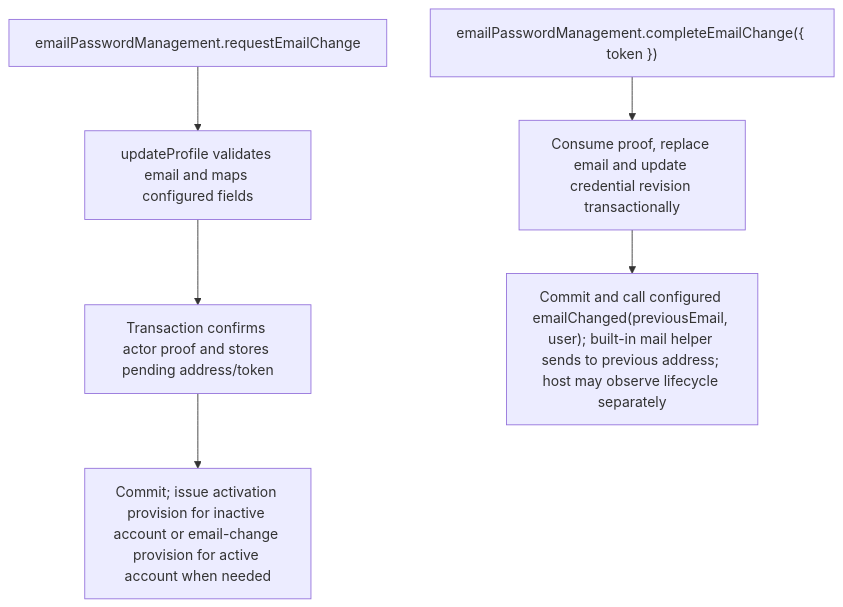
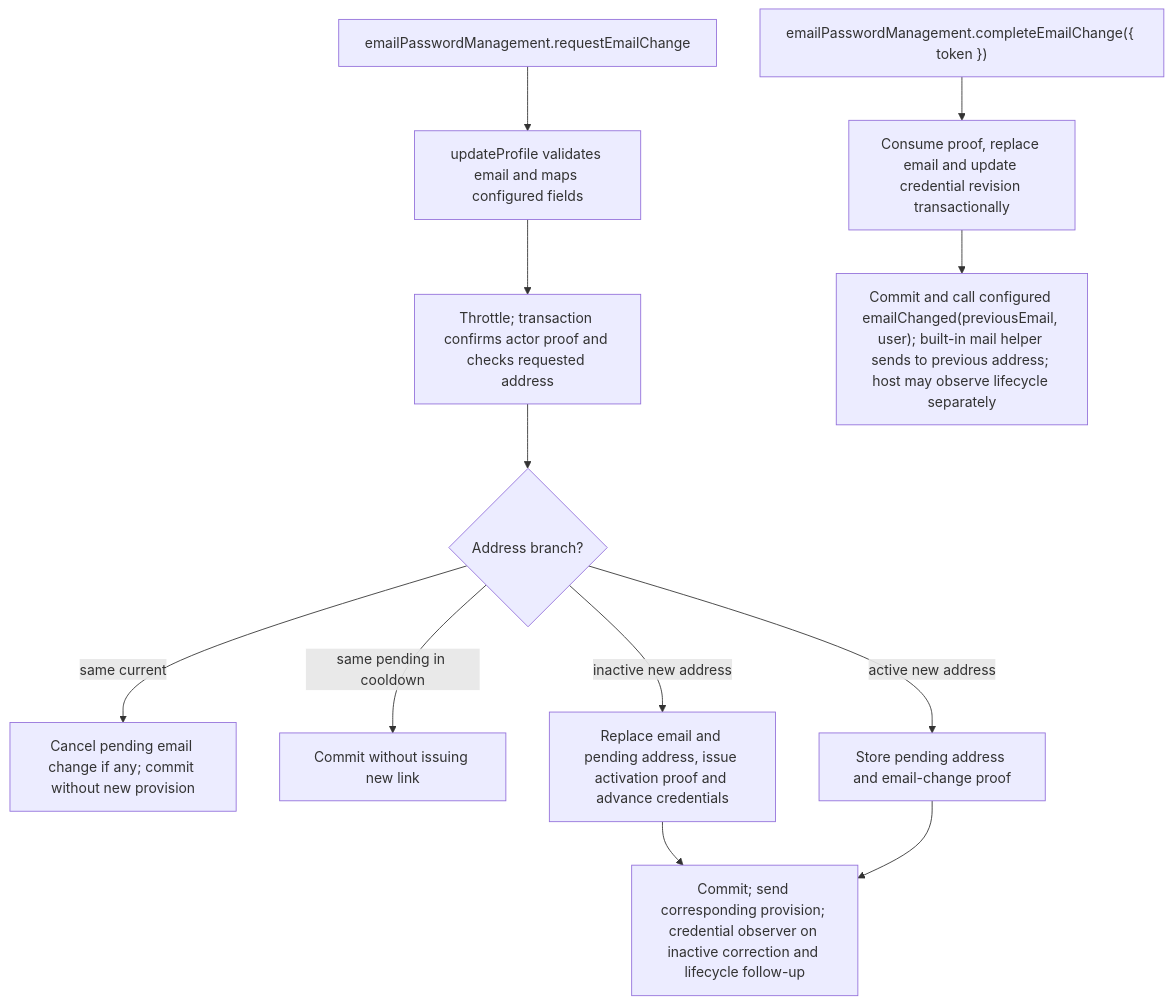
One commit to Kevinjohn/oss-adonisjs-account-kit changed the second of 2 diagrams in user-stories/US-ACCOUNT-06-change-email.md. Above: the diagram before and after it, drawn with Mermaid. The commit also changed 43 other files, not shown here.

````diff
--- a/user-stories/US-ACCOUNT-06-change-email.md
+++ b/user-stories/US-ACCOUNT-06-change-email.md
@@ -40,8 +40,14 @@
 ```mermaid
 flowchart TD
  A["emailPasswordManagement.requestEmailChange"] --> B["updateProfile validates email and maps configured fields"]
- B --> C["Transaction confirms actor proof and stores pending address/token"]
- C --> D["Commit; issue activation provision for inactive account or email-change provision for active account when needed"]
+ B --> C["Throttle; transaction confirms actor proof and checks requested address"]
+ C --> I{"Address branch?"}
+ I -->|same current| J["Cancel pending email change if any; commit without new provision"]
+ I -->|same pending in cooldown| K["Commit without issuing new link"]
+ I -->|inactive new address| L["Replace email and pending address, issue activation proof and advance credentials"]
+ I -->|active new address| M["Store pending address and email-change proof"]
+ L --> D["Commit; send corresponding provision; credential observer on inactive correction and lifecycle follow-up"]
+ M --> D
  E["emailPasswordManagement.completeEmailChange({ token })"] --> F["Consume proof, replace email and update credential revision transactionally"]
  F --> G["Commit and call configured emailChanged(previousEmail, user); built-in mail helper sends to previous address; host may observe lifecycle separately"]
 ```
````
